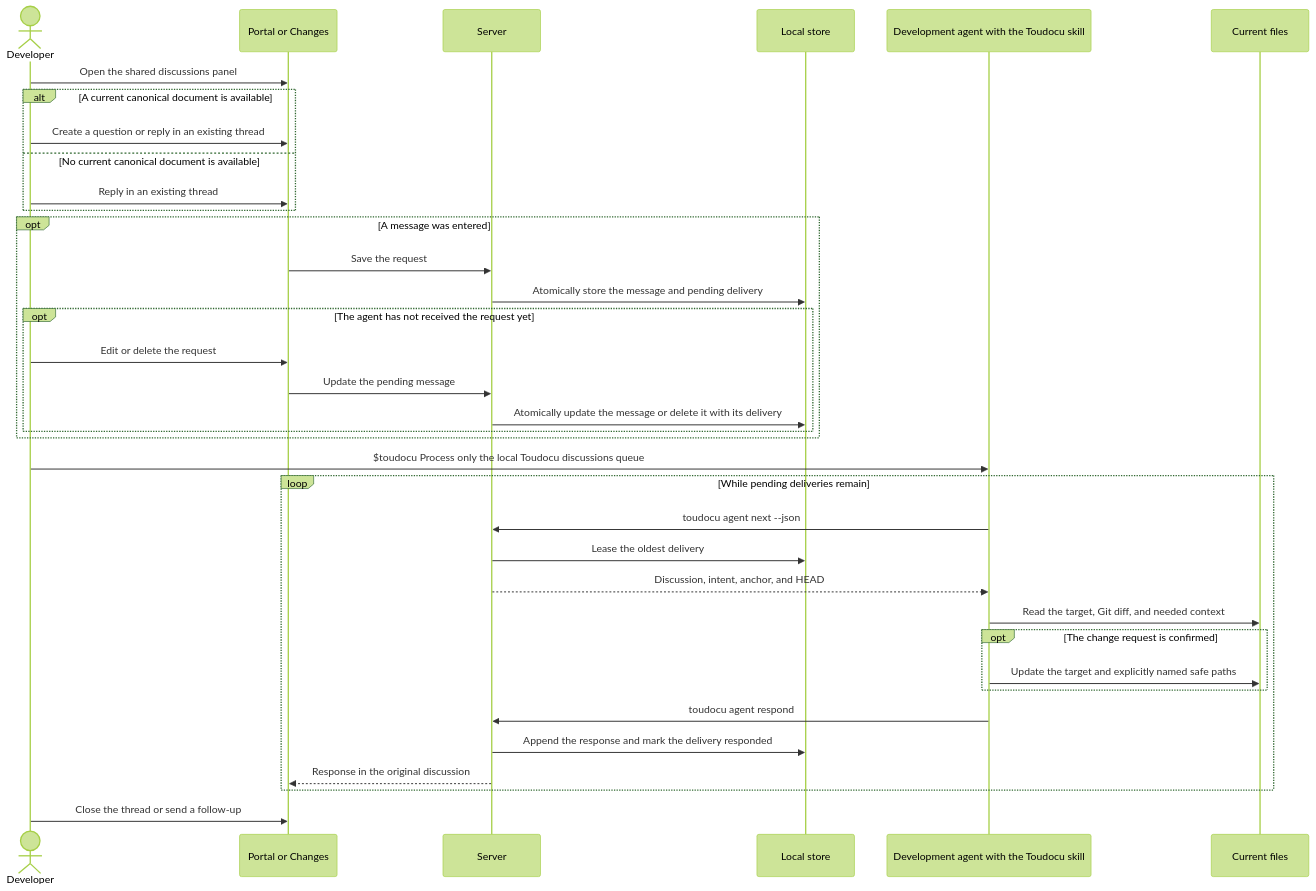
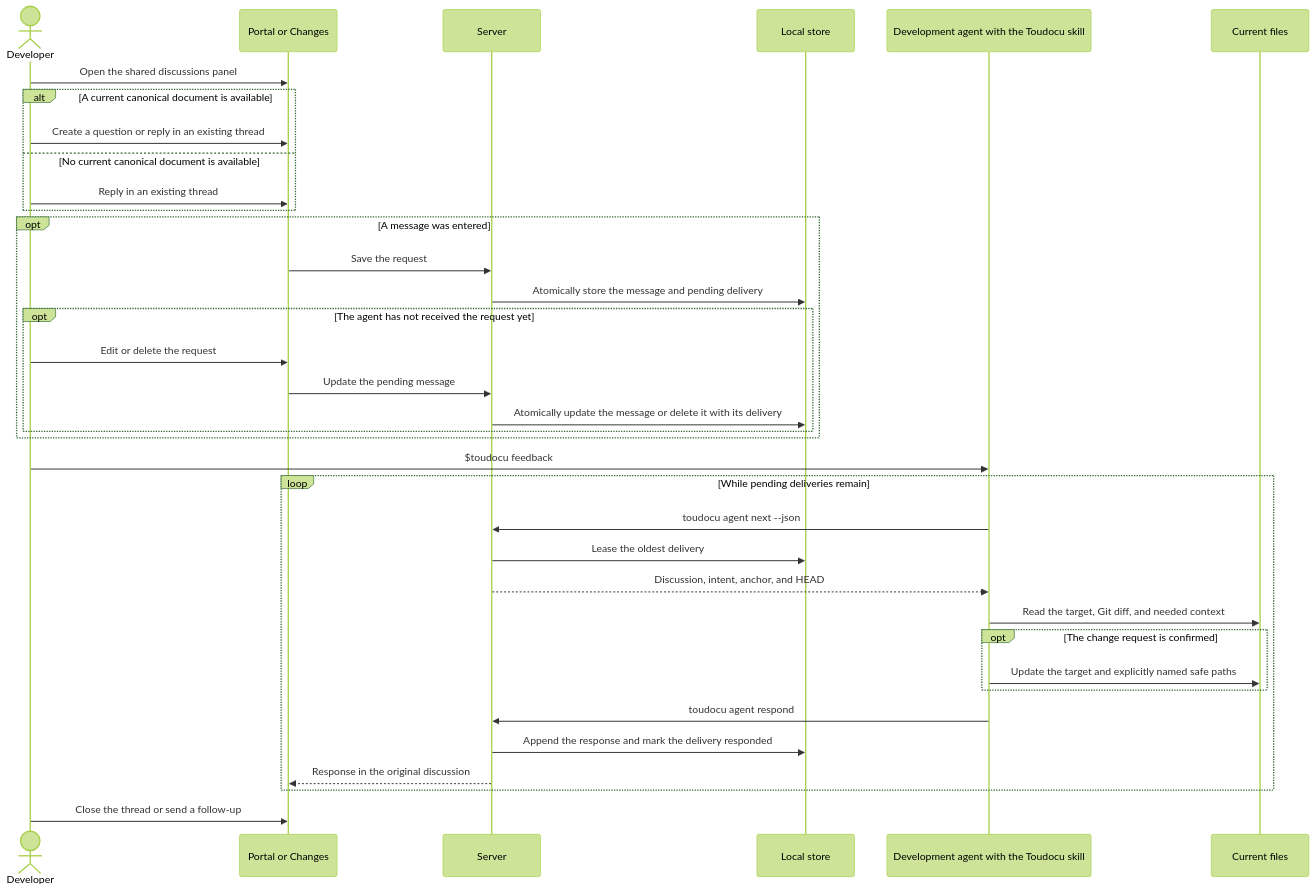
The diagram in docs-en/flows/FLOW-AGENT-FEEDBACK.md (lumenikoly/toudocu), drawn with Mermaid (forest theme) before and after one commit. The commit also changed 5 other files, not shown here.

````diff
--- a/docs-en/flows/FLOW-AGENT-FEEDBACK.md
+++ b/docs-en/flows/FLOW-AGENT-FEEDBACK.md
@@ -10,39 +10,39 @@
 ```mermaid
 sequenceDiagram
     actor Human as Developer
     participant UI as Portal or Changes
     participant Core as Server
     participant Store as Local store
     participant Agent as Development agent with the Toudocu skill
     participant Files as Current files
 
     Human->>UI: Open the shared discussions panel
     alt A current canonical document is available
         Human->>UI: Create a question or reply in an existing thread
     else No current canonical document is available
         Human->>UI: Reply in an existing thread
     end
     opt A message was entered
         UI->>Core: Save the request
         Core->>Store: Atomically store the message and pending delivery
         opt The agent has not received the request yet
             Human->>UI: Edit or delete the request
             UI->>Core: Update the pending message
             Core->>Store: Atomically update the message or delete it with its delivery
         end
     end
-    Human->>Agent: $toudocu Process only the local Toudocu discussions queue
+    Human->>Agent: $toudocu feedback
     loop While pending deliveries remain
         Agent->>Core: toudocu agent next --json
         Core->>Store: Lease the oldest delivery
         Core-->>Agent: Discussion, intent, anchor, and HEAD
         Agent->>Files: Read the target, Git diff, and needed context
         opt The change request is confirmed
             Agent->>Files: Update the target and explicitly named safe paths
         end
         Agent->>Core: toudocu agent respond
         Core->>Store: Append the response and mark the delivery responded
         Core-->>UI: Response in the original discussion
     end
     Human->>UI: Close the thread or send a follow-up
 ```
````
